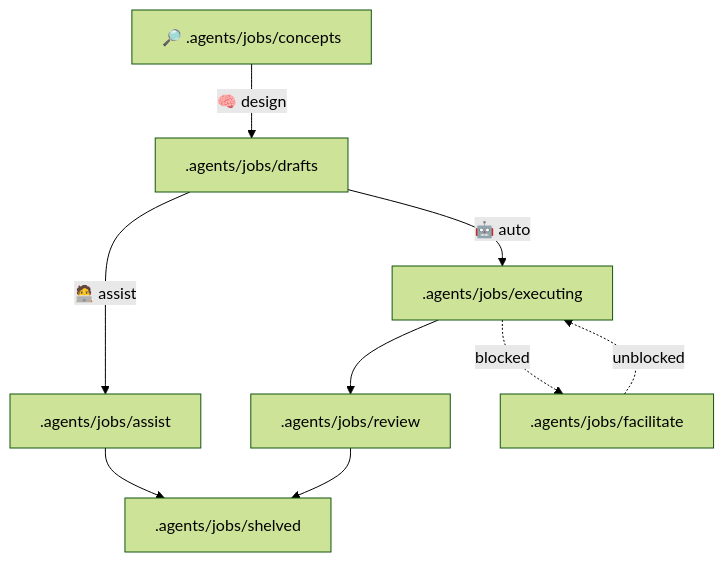
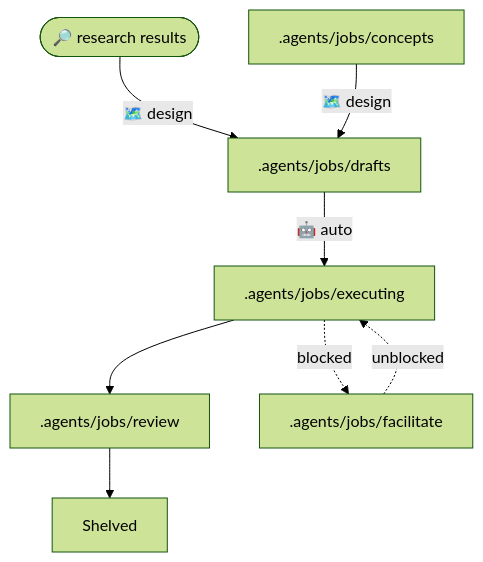
One commit to ahumandev/autocode changed the first of 2 diagrams in README.md. Above: the diagram before and after it, drawn with Mermaid (forest theme). The commit also changed other lines of this file and 54 other files, not shown here.

````diff
--- a/README.md
+++ b/README.md
@@ -67,11 +55,10 @@
 ```mermaid
 flowchart TD
-  Concepts[🔎 .agents/jobs/concepts] --🧠 design-->  Drafts[.agents/jobs/drafts]
-  Drafts --🧑‍💻 assist --> Assist[.agents/jobs/assist]
+  Research([🔎 research results]) --🗺️ design--> Drafts[.agents/jobs/drafts]
+  Concepts[ .agents/jobs/concepts] --🗺️ design--> Drafts
   Drafts --🤖 auto --> Executing[.agents/jobs/executing]
   Executing --> Review[.agents/jobs/review]
+  Review --> Shelved
   Executing -.blocked.-> Facilitate[.agents/jobs/facilitate]
   Facilitate -.unblocked.-> Executing
-  Assist --> Shelved[.agents/jobs/shelved]
-  Review --> Shelved
 ```
````
